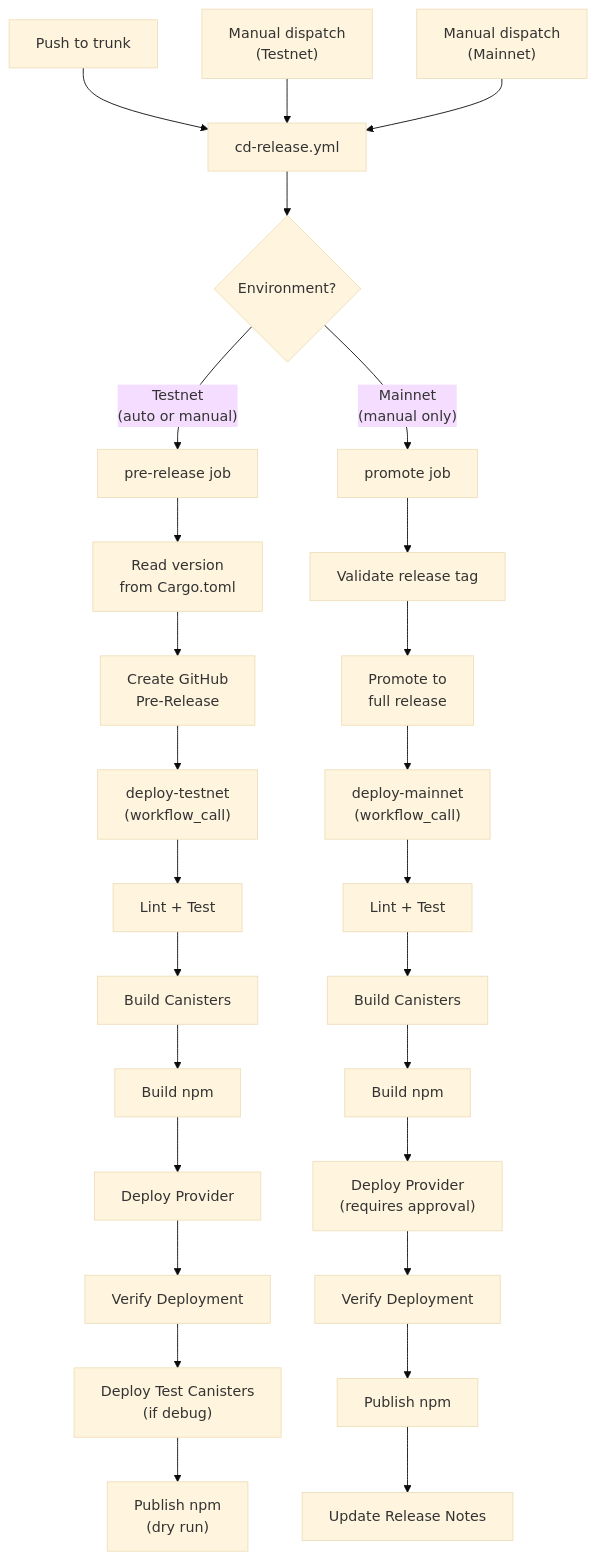
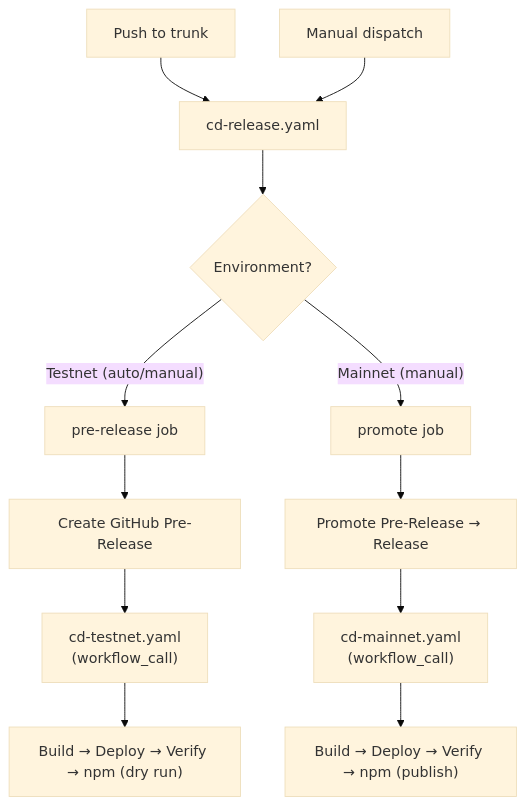
The first of 2 diagrams in docs/ci-cd.md (irken-empire/ic-siwa), drawn with Mermaid (base theme) before and after one commit. The commit also changed other lines of this file and 18 other files, not shown here.

````diff
--- a/docs/ci-cd.md
+++ b/docs/ci-cd.md
@@ -10,35 +5,18 @@
 ```mermaid
-flowchart TD
-    A["Push to trunk"] --> B["cd-release.yml"]
-    C["Manual dispatch<br/>(Testnet)"] --> B
-    D["Manual dispatch<br/>(Mainnet)"] --> B
+graph TD
+    A["Push to trunk"] --> B["cd-release.yaml"]
+    C["Manual dispatch"] --> B
 
-    B --> E{"Environment?"}
+    B --> D{"Environment?"}
+    D -->|"Testnet (auto/manual)"| E["pre-release job"]
+    D -->|"Mainnet (manual)"| F["promote job"]
 
-    E -->|"Testnet<br/>(auto or manual)"| F["pre-release job"]
-    E -->|"Mainnet<br/>(manual only)"| G["promote job"]
+    E --> G["Create GitHub Pre-Release"]
+    G --> H["cd-testnet.yaml<br/>(workflow_call)"]
 
-    F --> F1["Read version<br/>from Cargo.toml"]
-    F1 --> F2["Create GitHub<br/>Pre-Release"]
-    F2 --> H["deploy-testnet<br/>(workflow_call)"]
+    F --> I["Promote Pre-Release → Release"]
+    I --> J["cd-mainnet.yaml<br/>(workflow_call)"]
 
-    G --> G1["Validate release tag"]
-    G1 --> G2["Promote to<br/>full release"]
-    G2 --> I["deploy-mainnet<br/>(workflow_call)"]
-
-    H --> T1["Lint + Test"]
-    T1 --> T2["Build Canisters"]
-    T2 --> T3["Build npm"]
-    T3 --> T4["Deploy Provider"]
-    T4 --> T5["Verify Deployment"]
-    T5 --> T6["Deploy Test Canisters<br/>(if debug)"]
-    T6 --> T7["Publish npm<br/>(dry run)"]
-
-    I --> M1["Lint + Test"]
-    M1 --> M2["Build Canisters"]
-    M2 --> M3["Build npm"]
-    M3 --> M4["Deploy Provider<br/>(requires approval)"]
-    M4 --> M5["Verify Deployment"]
-    M5 --> M6["Publish npm"]
-    M6 --> M7["Update Release Notes"]
+    H --> K["Build → Deploy → Verify → npm (dry run)"]
+    J --> L["Build → Deploy → Verify → npm (publish)"]
 ```
````
